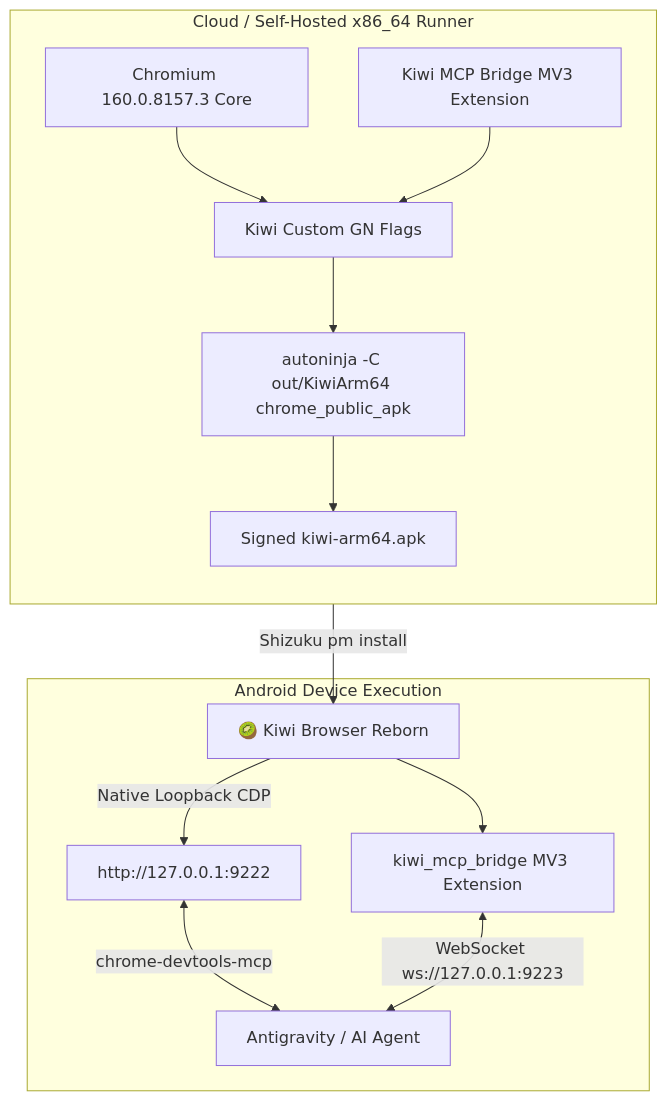
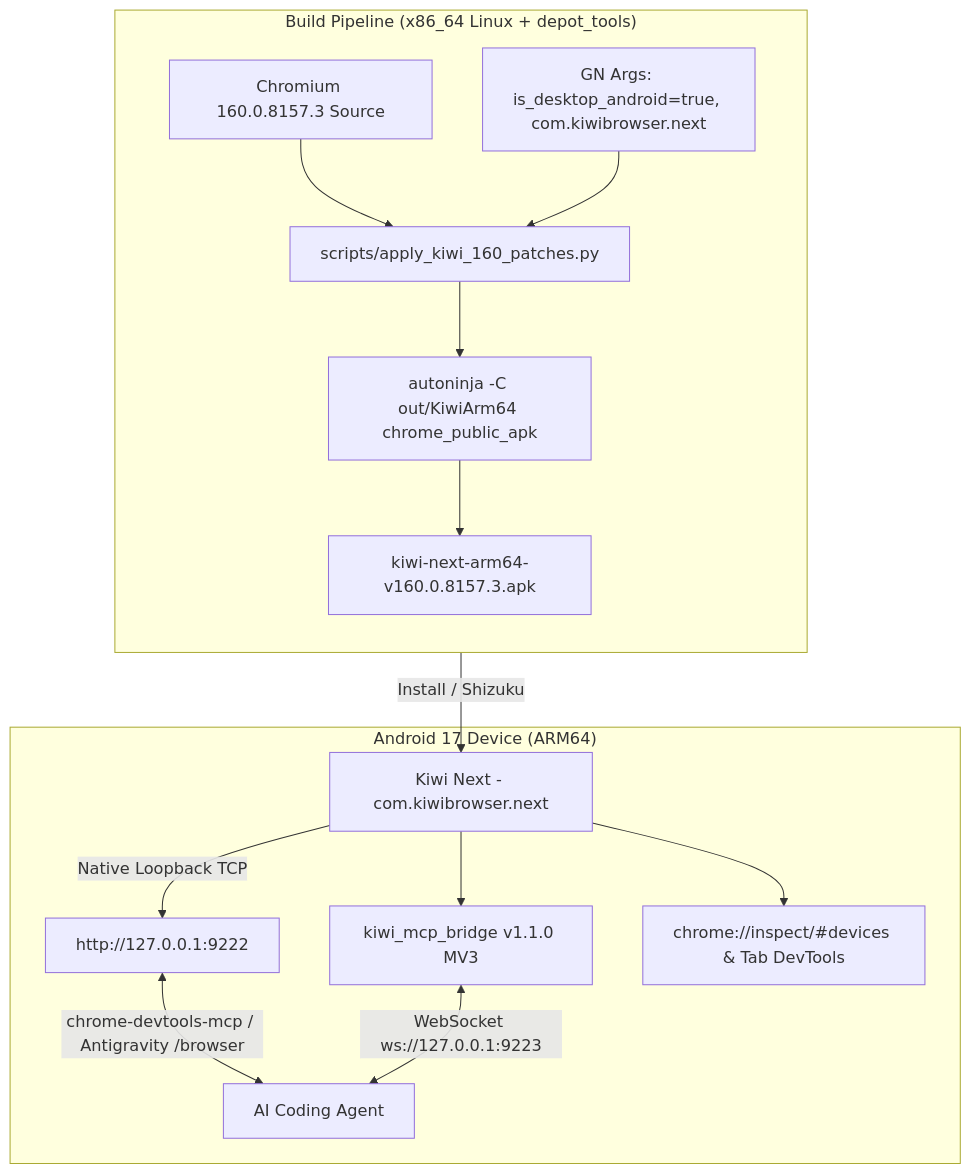
Before and after one commit to djsusmith/kiwi-next: the diagram in README.md, drawn with Mermaid. The commit also changed other lines of this file and 3 other files, not shown here.

Commit message:
docs: use white Kiwi app logo and write detailed verified docs, website, and patch matrix for v160.0.8157.3

````diff
--- a/README.md
+++ b/README.md
@@ -75,18 +83,19 @@
 ```mermaid
 flowchart TD
-    subgraph Build["Cloud / Self-Hosted x86_64 Runner"]
+    subgraph Build["Build Pipeline (x86_64 Linux + depot_tools)"]
         direction TB
-        UP[Chromium 160.0.8157.3 Core] --> GN[Kiwi Custom GN Flags]
-        MCP_EXT[Kiwi MCP Bridge MV3 Extension] --> GN
-        GN --> COMP[autoninja -C out/KiwiArm64 chrome_public_apk]
-        COMP --> OUT[Signed kiwi-arm64.apk]
+        CR[Chromium 160.0.8157.3 Source] --> PATCH[scripts/apply_kiwi_160_patches.py]
+        GN[GN Args: is_desktop_android=true, com.kiwibrowser.next] --> PATCH
+        PATCH --> NINJA[autoninja -C out/KiwiArm64 chrome_public_apk]
+        NINJA --> APK[kiwi-next-arm64-v160.0.8157.3.apk]
     end
 
-    subgraph Phone["Android Device Execution"]
-        OUT -->|Shizuku pm install| APP[🥝 Kiwi Browser Reborn]
-        APP -->|Native Loopback CDP| CDP[http://127.0.0.1:9222]
-        CDP <-->|chrome-devtools-mcp| AI[Antigravity / AI Agent]
-        APP --> EXT[kiwi_mcp_bridge MV3 Extension]
-        EXT <-->|WebSocket ws://127.0.0.1:9223| AI
+    subgraph Device["Android 17 Device (ARM64)"]
+        APK -->|Install / Shizuku| KIWI[Kiwi Next - com.kiwibrowser.next]
+        KIWI -->|Native Loopback TCP| CDP[http://127.0.0.1:9222]
+        CDP <-->|chrome-devtools-mcp / Antigravity /browser| AGENT[AI Coding Agent]
+        KIWI --> EXT[kiwi_mcp_bridge v1.1.0 MV3]
+        EXT <-->|WebSocket ws://127.0.0.1:9223| AGENT
+        KIWI --> INSPECT[chrome://inspect/#devices & Tab DevTools]
     end
 ```
````
